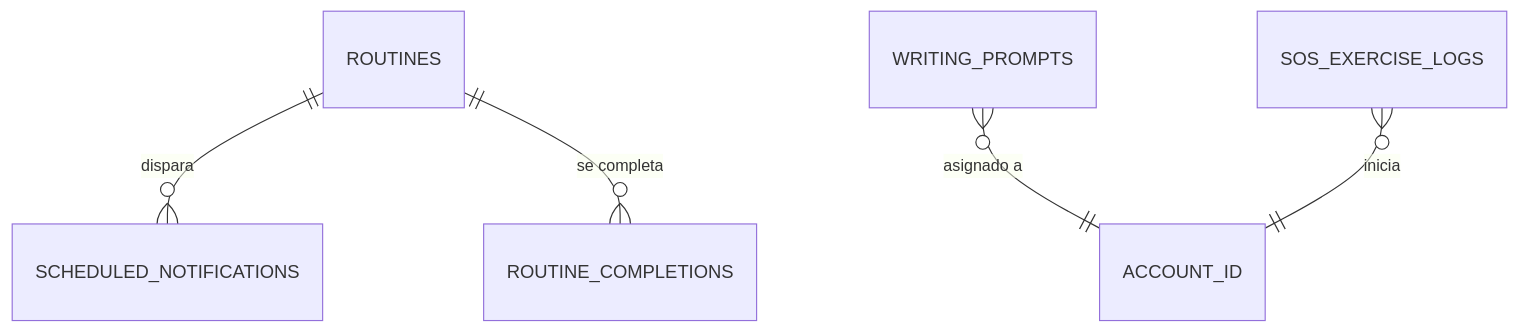
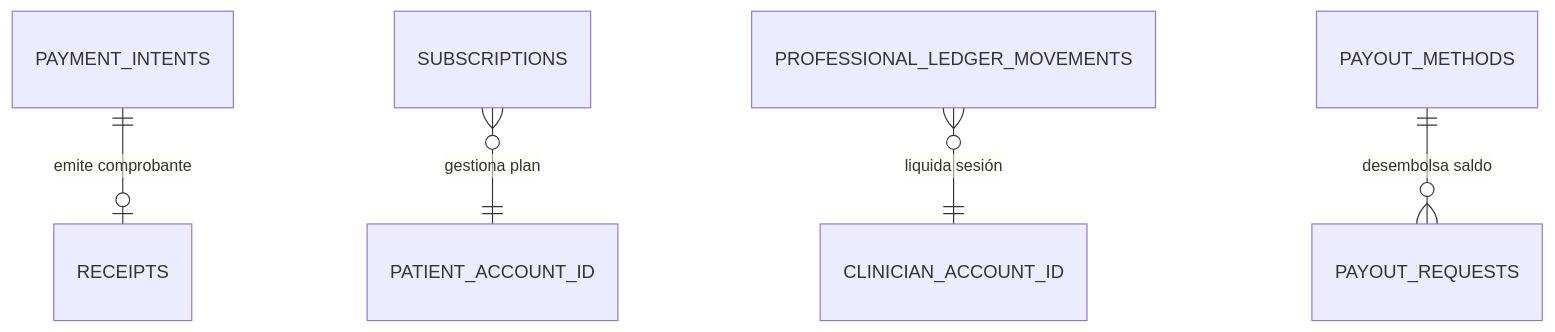
One commit to MindClusterUPC/safediary-platform changed the ninth of 9 diagrams in docs/database/README.md. Above: the diagram before and after it, drawn with Mermaid. The commit also changed other lines of this file and 1 other file, not shown here.

````diff
--- a/docs/database/README.md
+++ b/docs/database/README.md
@@ -145,7 +184,7 @@
 ```mermaid
 erDiagram
-    ROUTINES ||--o{ SCHEDULED_NOTIFICATIONS : "dispara"
-    ROUTINES ||--o{ ROUTINE_COMPLETIONS : "se completa"
-    WRITING_PROMPTS }o--|| ACCOUNT_ID : "asignado a"
-    SOS_EXERCISE_LOGS }o--|| ACCOUNT_ID : "inicia"
+    PAYMENT_INTENTS ||--o| RECEIPTS : "emite comprobante"
+    SUBSCRIPTIONS }o--|| PATIENT_ACCOUNT_ID : "gestiona plan"
+    PROFESSIONAL_LEDGER_MOVEMENTS }o--|| CLINICIAN_ACCOUNT_ID : "liquida sesión"
+    PAYOUT_METHODS ||--o{ PAYOUT_REQUESTS : "desembolsa saldo"
 ```
````
